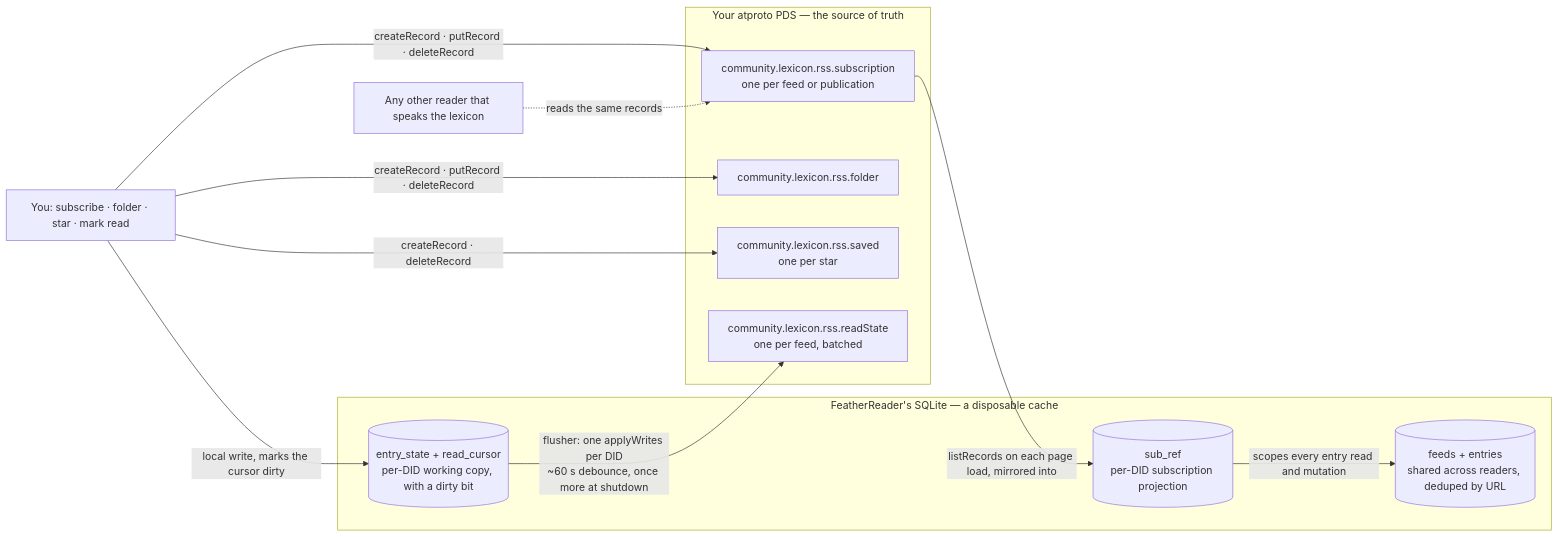
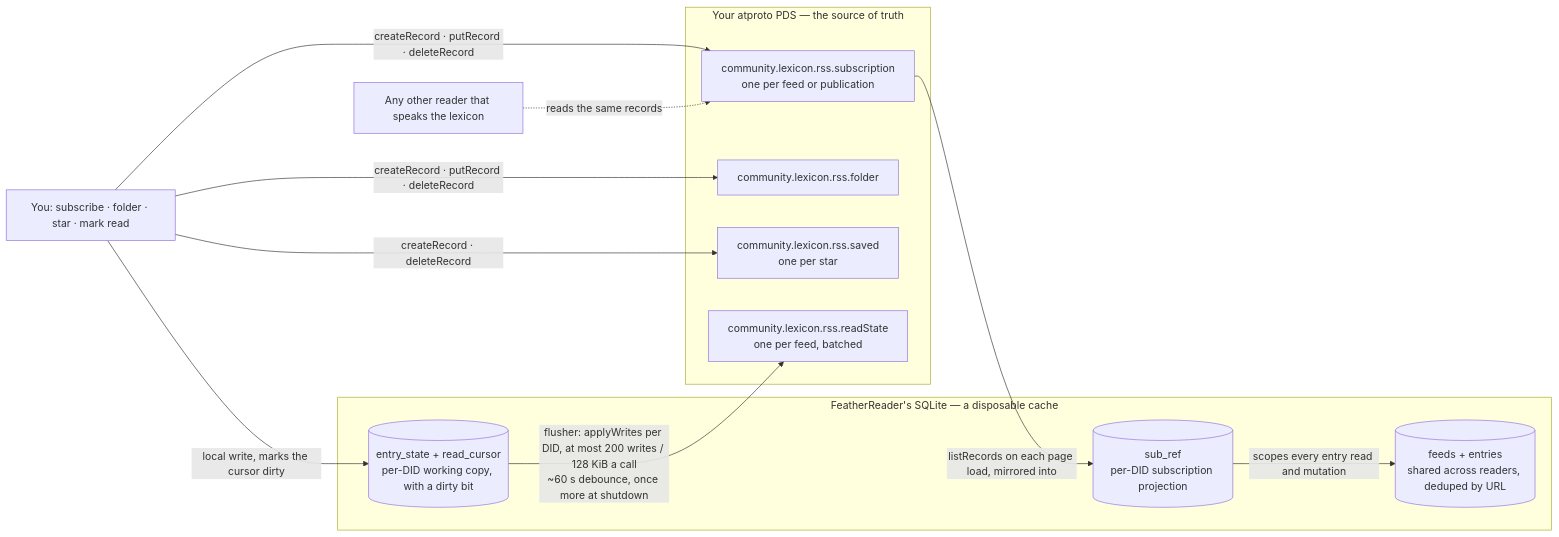
The diagram in design/architecture/ownership.mmd (justin-stanley/feather-reader), drawn with Mermaid before and after one commit. The commit also changed 40 other files, not shown here.

```diff
--- a/design/architecture/ownership.mmd
+++ b/design/architecture/ownership.mmd
@@ -1,20 +1,20 @@
 flowchart LR
     subgraph PDS["Your atproto PDS — the source of truth"]
         Sub["community.lexicon.rss.subscription<br/>one per feed or publication"]
         Fol["community.lexicon.rss.folder"]
         Sav["community.lexicon.rss.saved<br/>one per star"]
         RS["community.lexicon.rss.readState<br/>one per feed, batched"]
     end
     subgraph Cache["FeatherReader's SQLite — a disposable cache"]
         Feeds[("feeds + entries<br/>shared across readers, deduped by URL")]
         Ref[("sub_ref<br/>per-DID subscription projection")]
         State[("entry_state + read_cursor<br/>per-DID working copy, with a dirty bit")]
     end
     UI["You: subscribe · folder · star · mark read"] -->|"createRecord · putRecord · deleteRecord"| Sub
     UI -->|"createRecord · putRecord · deleteRecord"| Fol
     UI -->|"createRecord · deleteRecord"| Sav
     UI -->|"local write, marks the cursor dirty"| State
     Sub -->|"listRecords on each page load, mirrored into"| Ref
     Ref -->|"scopes every entry read and mutation"| Feeds
-    State -->|"flusher: one applyWrites per DID<br/>~60 s debounce, once more at shutdown"| RS
+    State -->|"flusher: applyWrites per DID, at most 200 writes / 128 KiB a call<br/>~60 s debounce, once more at shutdown"| RS
     Other["Any other reader that speaks the lexicon"] -.->|"reads the same records"| Sub
```
